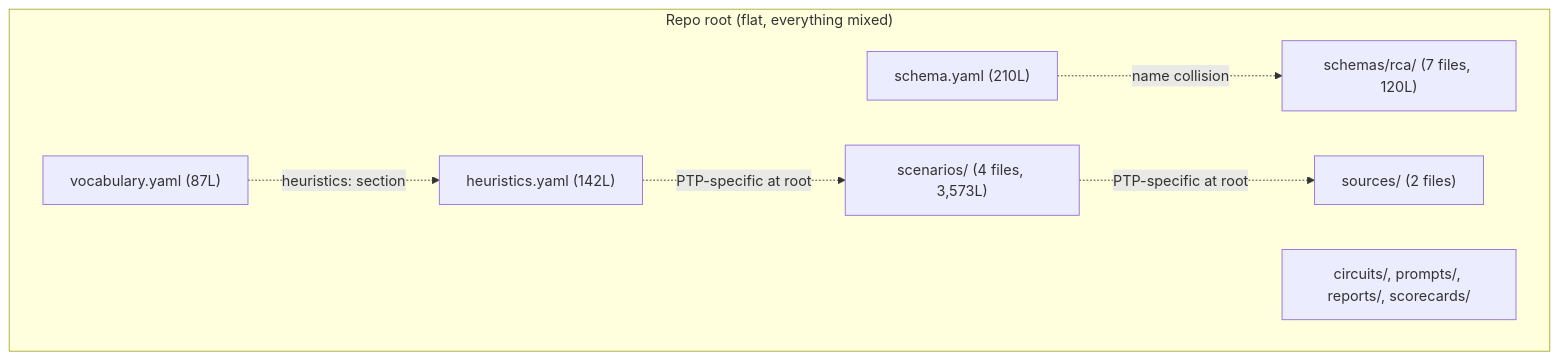
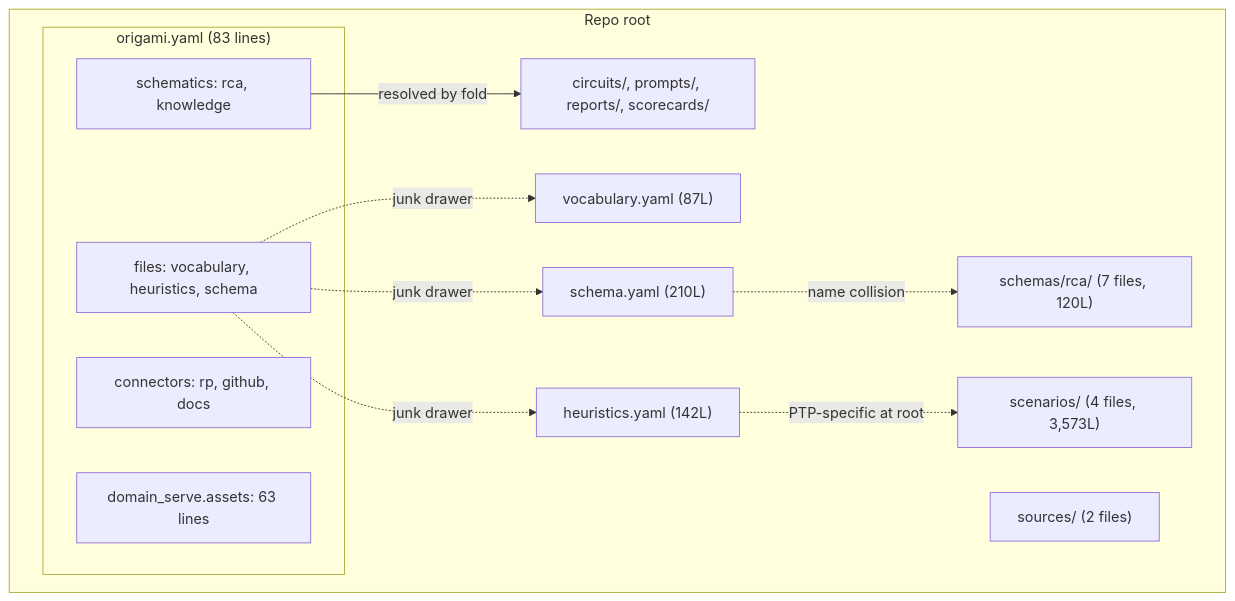
The first of 2 diagrams in .cursor/contracts/draft/dsl/yaml-dx-cleanup.md (dpopsuev/asterisk), drawn with Mermaid before and after one commit. The commit also changed other lines of this file and 26 other files, not shown here.

First line of the commit message:
refactor: yaml-dx-cleanup — domain migration, manifest consolidation

````diff
--- a/.cursor/contracts/draft/dsl/yaml-dx-cleanup.md
+++ b/.cursor/contracts/draft/dsl/yaml-dx-cleanup.md
@@ -73,17 +102,25 @@
 ```mermaid
 flowchart TD
-  subgraph root ["Repo root (flat, everything mixed)"]
+  subgraph root ["Repo root"]
+    subgraph manifest ["origami.yaml (83 lines)"]
+      m_schematics["schematics: rca, knowledge"]
+      m_connectors["connectors: rp, github, docs"]
+      m_assets["domain_serve.assets: 63 lines"]
+      m_files["files: vocabulary, heuristics, schema"]
+    end
     schema["schema.yaml (210L)"]
     schemas["schemas/rca/ (7 files, 120L)"]
     vocab["vocabulary.yaml (87L)"]
     heur["heuristics.yaml (142L)"]
     scen["scenarios/ (4 files, 3,573L)"]
     sources["sources/ (2 files)"]
     rest["circuits/, prompts/, reports/, scorecards/"]
   end
 
+  m_schematics -->|"resolved by fold"| rest
+  m_files -.->|"junk drawer"| vocab
+  m_files -.->|"junk drawer"| heur
+  m_files -.->|"junk drawer"| schema
   schema -.->|"name collision"| schemas
-  vocab -.->|"heuristics: section"| heur
   heur -.->|"PTP-specific at root"| scen
-  scen -.->|"PTP-specific at root"| sources
 ```
````
